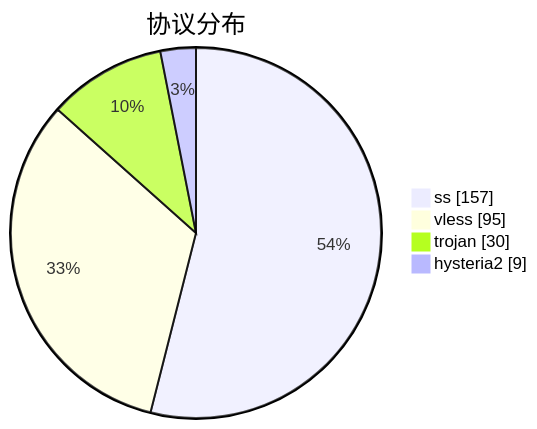
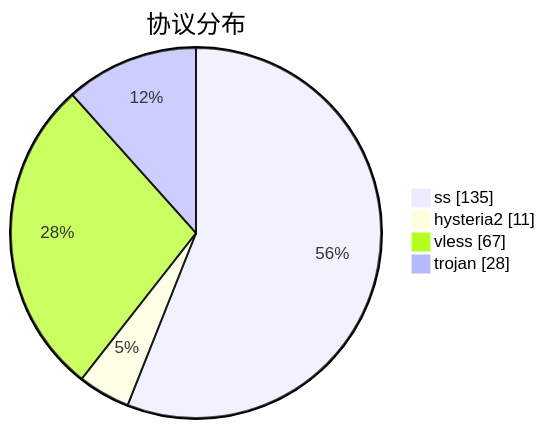
Before and after one commit to qjlxg/airport: the third of 3 diagrams in subs/statistics/tested_within.md, drawn with Mermaid. The commit also changed other lines of this file and 2 other files, not shown here.

````diff
--- a/subs/statistics/tested_within.md
+++ b/subs/statistics/tested_within.md
@@ -19,8 +17,8 @@
 ```mermaid
 pie showData
 title 协议分布
-"ss" : 157
-"vless" : 95
-"trojan" : 30
-"hysteria2" : 9
+"ss" : 135
+"hysteria2" : 11
+"vless" : 67
+"trojan" : 28
 ```
````
